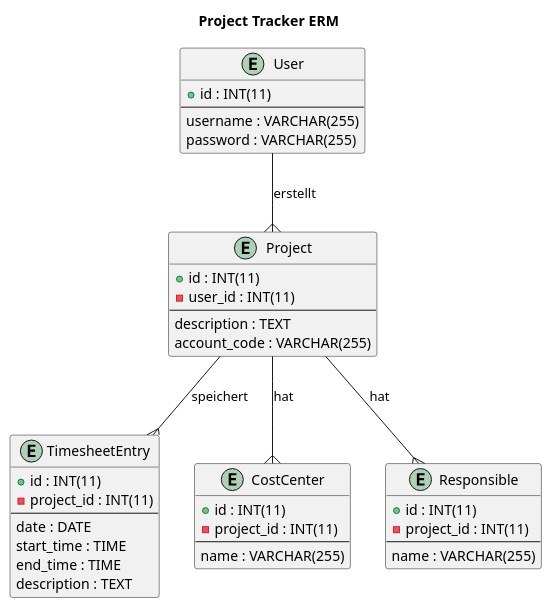
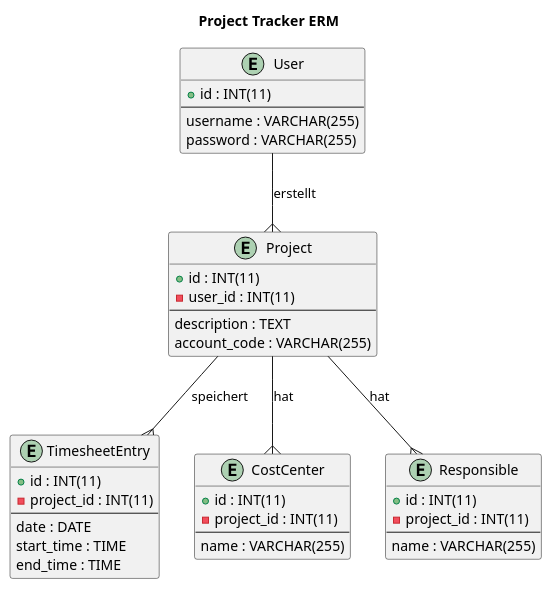
One commit to tschalk/project-tracker changed the diagram in docs/draft-erm-1.md. Above: the diagram before and after it, drawn with PlantUML. The commit also changed 2 other files, not shown here.

````diff
--- a/docs/draft-erm-1.md
+++ b/docs/draft-erm-1.md
@@ -2,51 +2,50 @@
 ```plantuml
 @startuml
 title Project Tracker ERM
 
 entity "User" as user {
   + id : INT(11) 
   --
   username : VARCHAR(255)
   password : VARCHAR(255)
 }
 
 entity "Project" as project {
   + id : INT(11)  
   - user_id : INT(11)  
   --
   description : TEXT
   account_code : VARCHAR(255)
 }
 
 entity "TimesheetEntry" as timesheet {
   + id : INT(11)  
   - project_id : INT(11)  
   --
   date : DATE
   start_time : TIME
   end_time : TIME
-  description : TEXT
 }
 
 entity "CostCenter" as costcenter {
   + id : INT(11)  
   - project_id : INT(11)  
   --
   name : VARCHAR(255)
 }
 
 entity "Responsible" as responsible {
   + id : INT(11)  
   - project_id : INT(11)  
   --
   name : VARCHAR(255)
 }
 
 user --{ project : erstellt
 project --{ timesheet : speichert
 project --{ costcenter : hat
 project --{ responsible : hat
 
 @enduml
 
 ```
````
